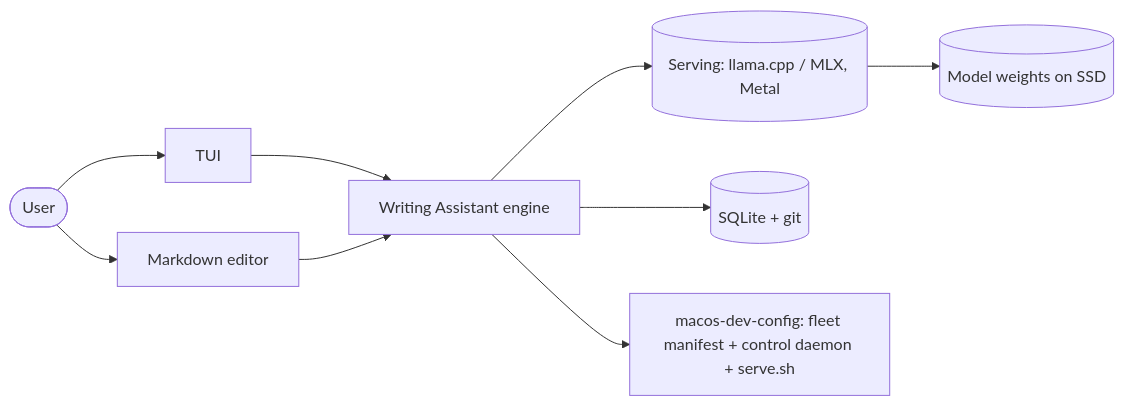
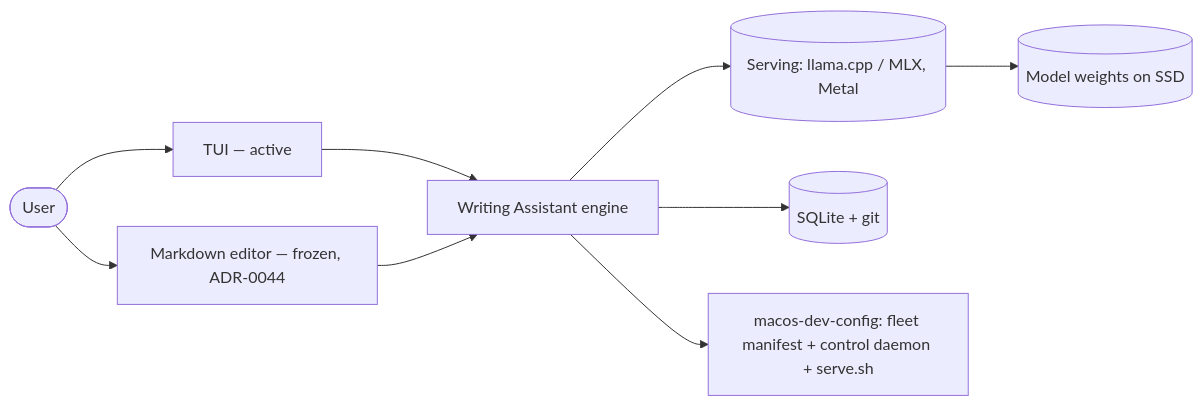
One commit to Snorre98/texteditor changed the first of 7 diagrams in docs/writing-assistant/architecture.md. Above: the diagram before and after it, drawn with Mermaid. The commit also changed other lines of this file and 21 other files, not shown here.

````diff
--- a/docs/writing-assistant/architecture.md
+++ b/docs/writing-assistant/architecture.md
@@ -56,11 +58,11 @@
 ```mermaid
 flowchart LR
-    U([User]) --> T[TUI]
-    U --> M[Markdown editor]
+    U([User]) --> T[TUI — active]
+    U --> M[Markdown editor — frozen, ADR-0044]
     T --> E[Writing Assistant engine]
     M --> E
     E --> S[(Serving: llama.cpp / MLX, Metal)]
     E --> D[(SQLite + git)]
     E --> C[macos-dev-config: fleet manifest + control daemon + serve.sh]
     S --> W[(Model weights on SSD)]
 ```
````
